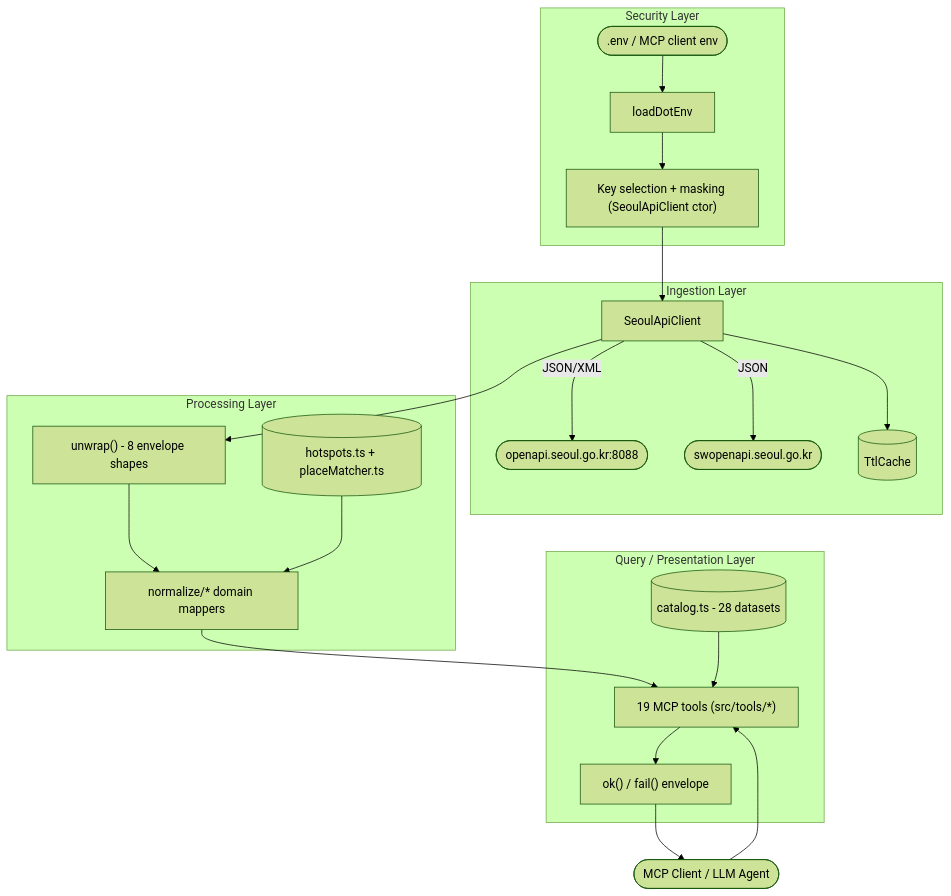
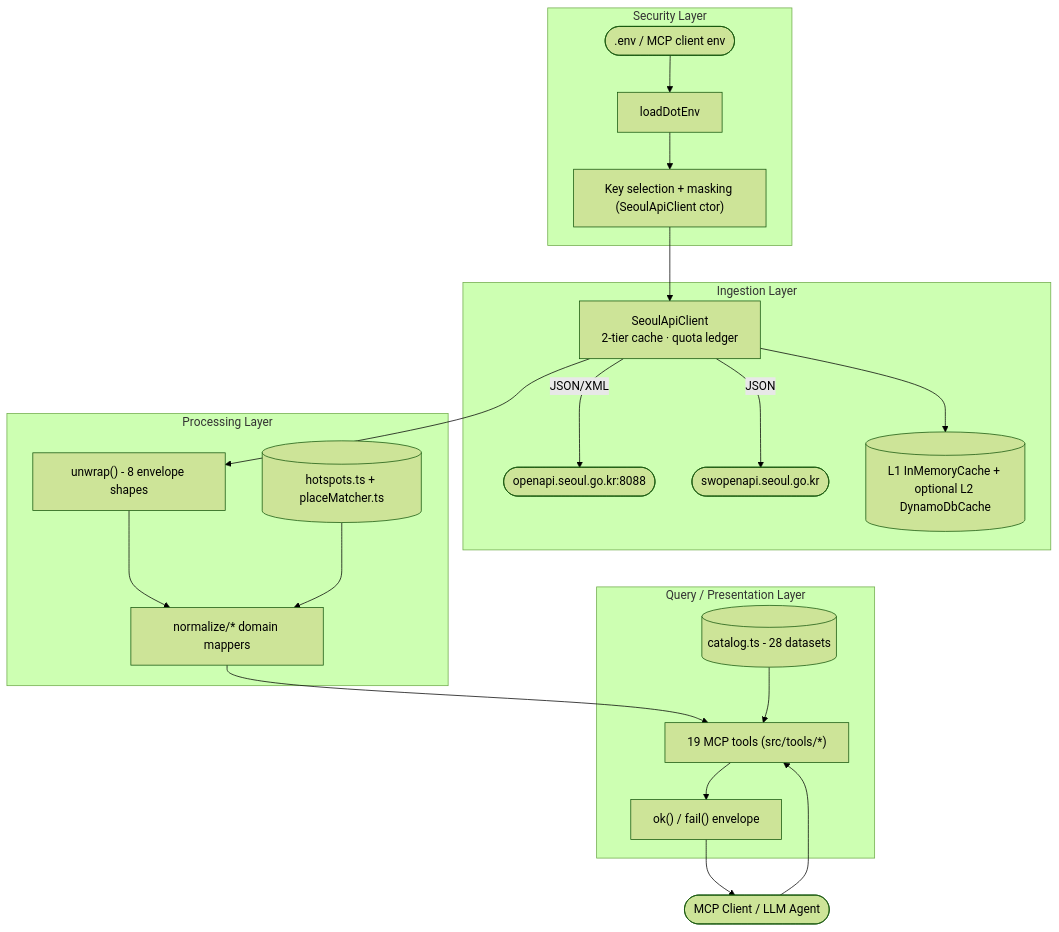
Before and after one commit to whchoi98/seoul-opendata-mcp: the first of 4 diagrams in docs/architecture.md, drawn with Mermaid (forest theme). The commit also changed other lines of this file and 6 other files, not shown here.

````diff
--- a/docs/architecture.md
+++ b/docs/architecture.md
@@ -49,30 +50,30 @@
 ```mermaid
 flowchart TB
   subgraph security[Security Layer]
     ENVFILE([".env / MCP client env"]) --> LOADENV[loadDotEnv]
     LOADENV --> KEYSEL["Key selection + masking (SeoulApiClient ctor)"]
   end
   subgraph ingestion[Ingestion Layer]
-    KEYSEL --> CLIENT[SeoulApiClient]
+    KEYSEL --> CLIENT["SeoulApiClient<br/>2-tier cache · quota ledger"]
     CLIENT -->|"JSON/XML"| OPENAPI(["openapi.seoul.go.kr:8088"])
     CLIENT -->|"JSON"| SUBWAYAPI(["swopenapi.seoul.go.kr"])
-    CLIENT --> CACHE[(TtlCache)]
+    CLIENT --> CACHE[("L1 InMemoryCache + optional L2 DynamoDbCache")]
   end
   subgraph processing[Processing Layer]
     UNWRAP["unwrap() - 8 envelope shapes"]
     NORMALIZE["normalize/* domain mappers"]
     HOTSPOTS[("hotspots.ts + placeMatcher.ts")]
     CLIENT --> UNWRAP --> NORMALIZE
     HOTSPOTS --> NORMALIZE
   end
   subgraph query[Query / Presentation Layer]
     TOOLS["19 MCP tools (src/tools/*)"]
     ENVELOPE["ok() / fail() envelope"]
     CATALOG[("catalog.ts - 28 datasets")]
     NORMALIZE --> TOOLS
     CATALOG --> TOOLS
     TOOLS --> ENVELOPE
   end
   AGENT(["MCP Client / LLM Agent"]) --> TOOLS
   ENVELOPE --> AGENT
 ```
````
